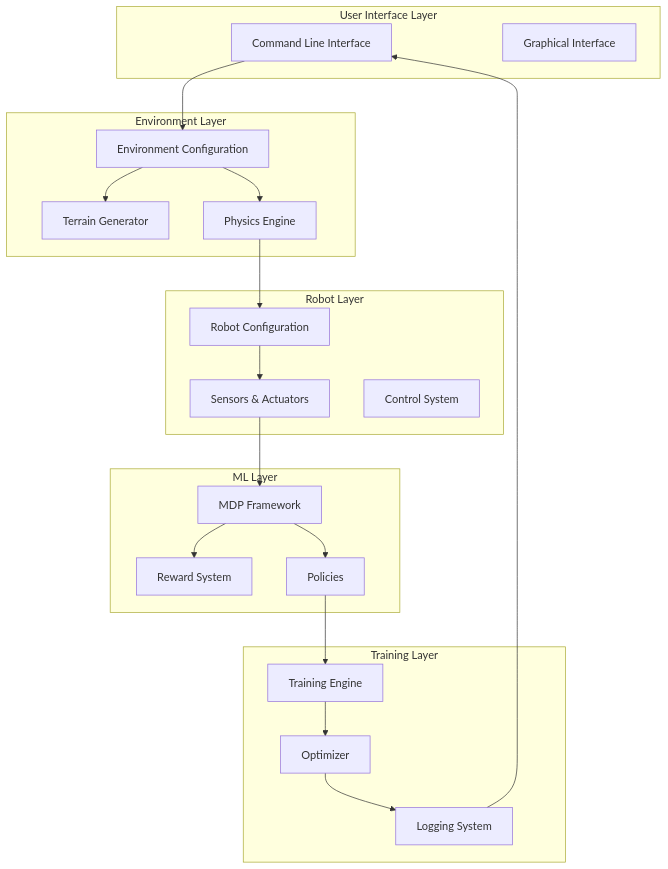
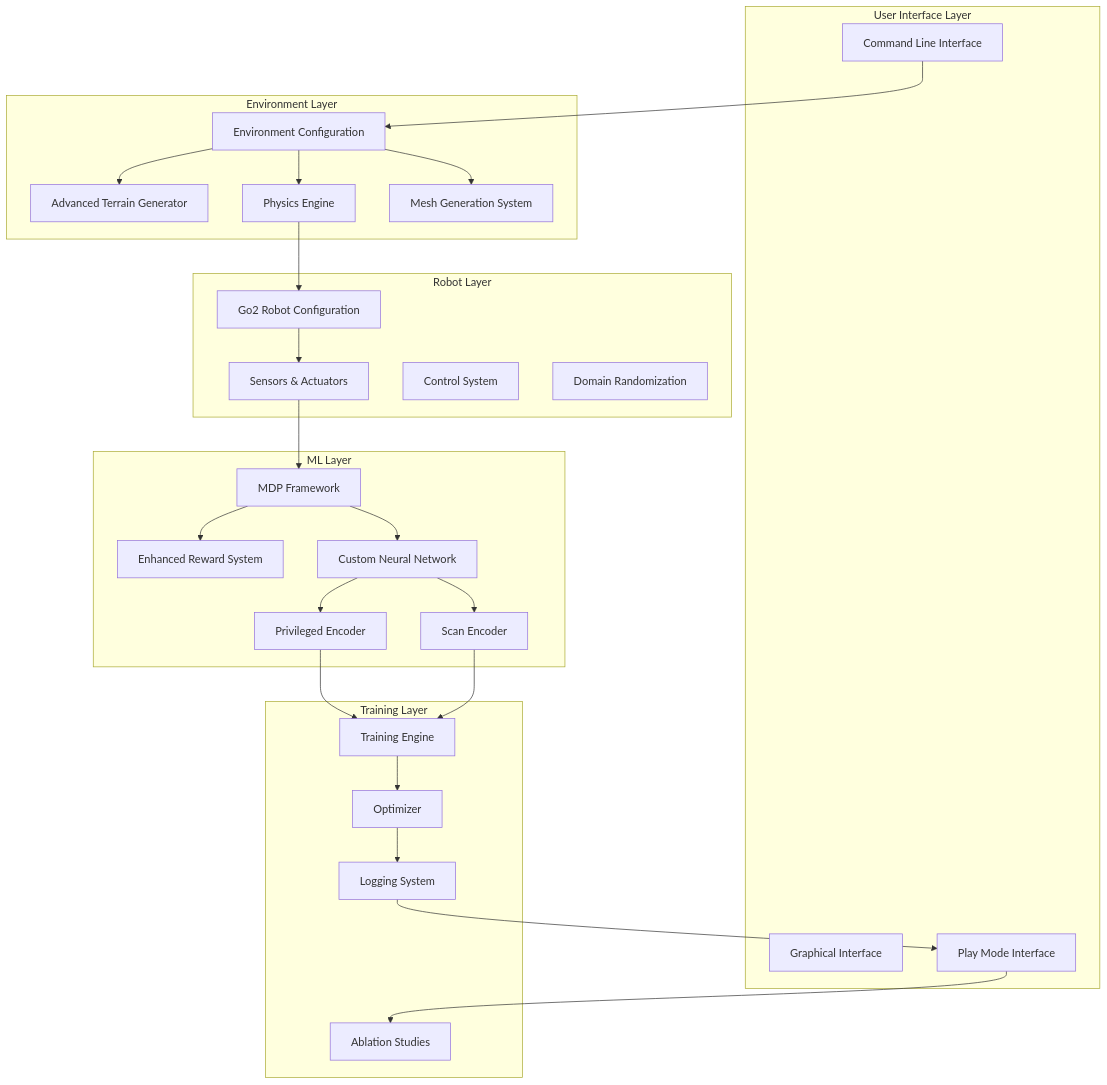
Before and after one commit to jayjayhust/robot_lab: the first of 11 diagrams in .qoder/repowiki/en/content/Task Configuration Framework/Velocity-Based Locomotion Tasks/Parkour Navigation System.md, drawn with Mermaid. The commit also changed other lines of this file and 17 other files, not shown here.

````diff
--- a/.qoder/repowiki/en/content/Task Configuration Framework/Velocity-Based Locomotion Tasks/Parkour Navigation System.md
+++ b/.qoder/repowiki/en/content/Task Configuration Framework/Velocity-Based Locomotion Tasks/Parkour Navigation System.md
@@ -37,39 +51,50 @@
 ```mermaid
 graph TB
 subgraph "User Interface Layer"
 CLI[Command Line Interface]
 GUI[Graphical Interface]
+PlayMode[Play Mode Interface]
 end
 subgraph "Environment Layer"
 EnvCfg[Environment Configuration]
-TerrainGen[Terrain Generator]
+TerrainGen[Advanced Terrain Generator]
 Physics[Physics Engine]
+MeshGen[Mesh Generation System]
 end
 subgraph "Robot Layer"
-RobotCfg[Robot Configuration]
+RobotCfg[Go2 Robot Configuration]
 Sensors[Sensors & Actuators]
 Control[Control System]
+DR[Domain Randomization]
 end
 subgraph "ML Layer"
 MDP[MDP Framework]
-Rewards[Reward System]
-Policies[Policies]
+Rewards[Enhanced Reward System]
+Policy[Custom Neural Network]
+ScanEnc[Scan Encoder]
+PrivEnc[Privileged Encoder]
 end
 subgraph "Training Layer"
 Trainer[Training Engine]
 Optimizer[Optimizer]
 Logger[Logging System]
+Ablation[Ablation Studies]
 end
 CLI --> EnvCfg
 EnvCfg --> TerrainGen
 EnvCfg --> Physics
+EnvCfg --> MeshGen
 Physics --> RobotCfg
 RobotCfg --> Sensors
 Sensors --> MDP
 MDP --> Rewards
-MDP --> Policies
-Policies --> Trainer
+MDP --> Policy
+Policy --> ScanEnc
+Policy --> PrivEnc
+PrivEnc --> Trainer
+ScanEnc --> Trainer
 Trainer --> Optimizer
 Optimizer --> Logger
-Logger --> CLI
+Logger --> PlayMode
+PlayMode --> Ablation
 ```
````
